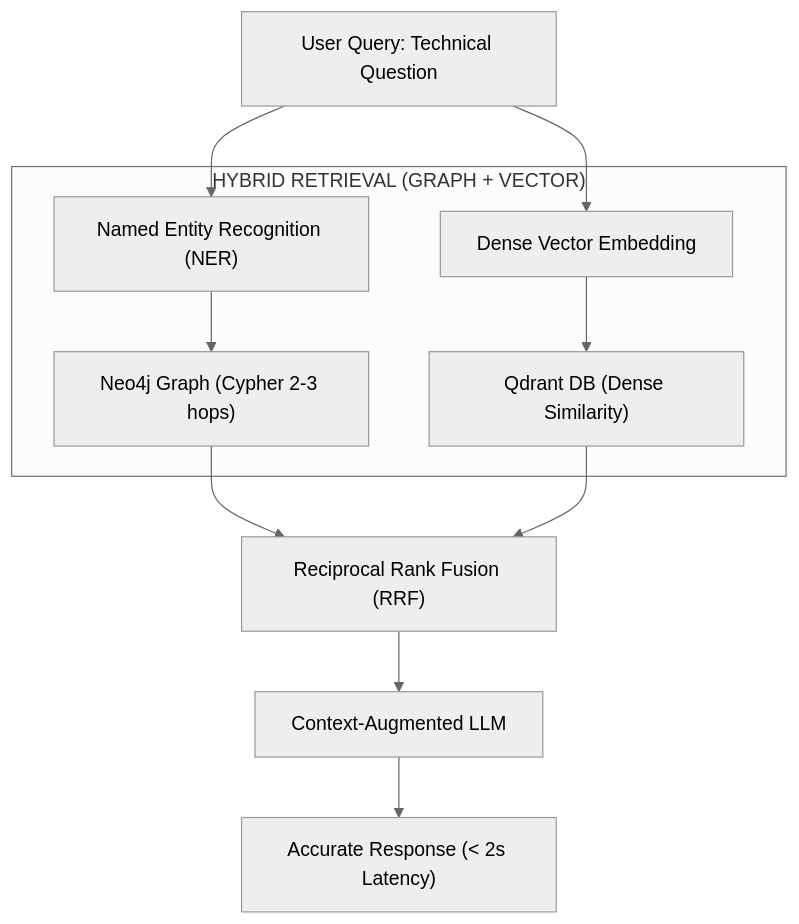
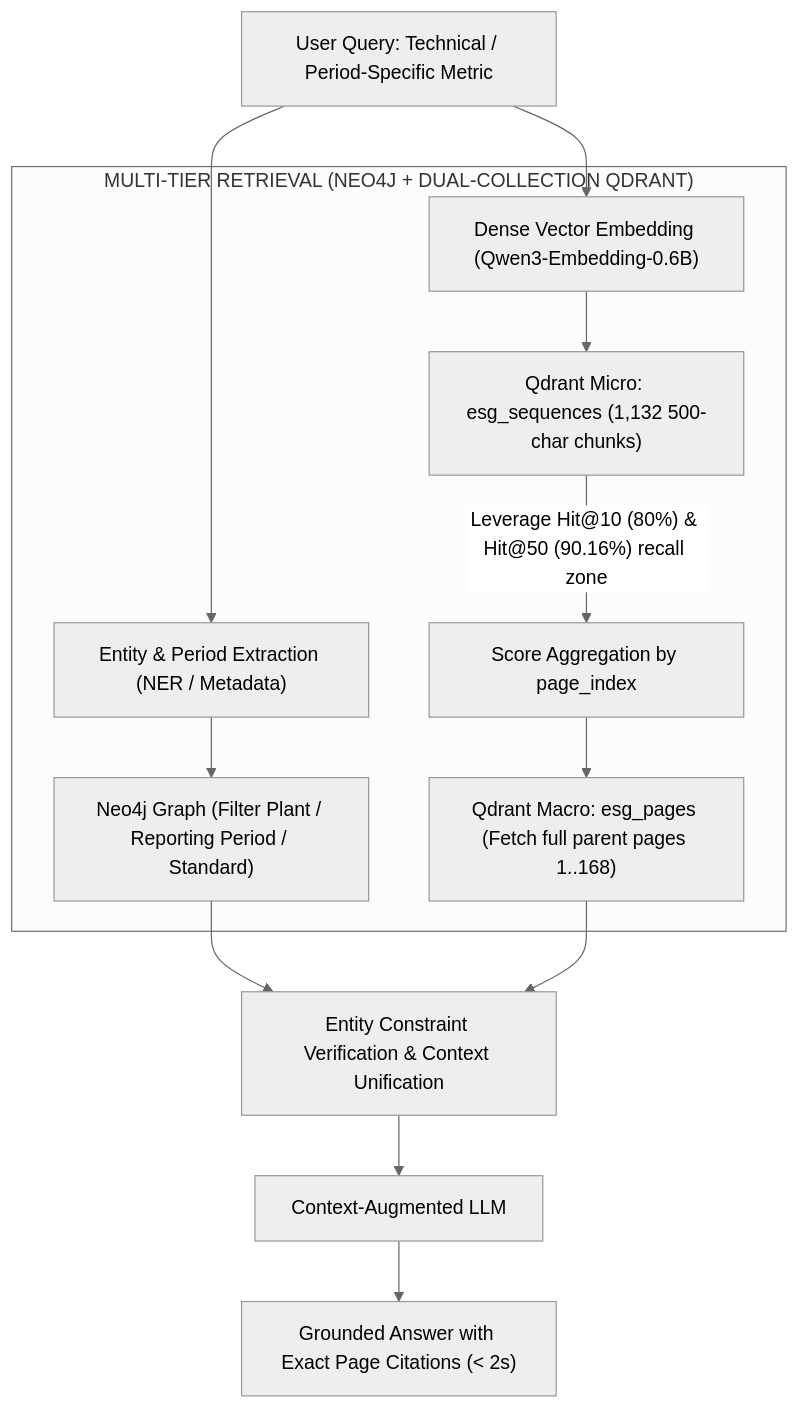
One commit to vinh-gogo/glory-hinody changed the diagram in content/posts/graph-rag-neo4j-qdrant.en.md. Above: the diagram before and after it, drawn with Mermaid (neutral theme). The commit also changed other lines of this file and 13 other files, not shown here.

````diff
--- a/content/posts/graph-rag-neo4j-qdrant.en.md
+++ b/content/posts/graph-rag-neo4j-qdrant.en.md
@@ -41,16 +43,18 @@
 ```mermaid
 flowchart TD
-    Q["User Query: Technical Question"] --> NER["Named Entity Recognition (NER)"]
-    Q --> EMB["Dense Vector Embedding"]
+    Q["User Query: Technical / Period-Specific Metric"] --> NER["Entity & Period Extraction (NER / Metadata)"]
+    Q --> EMB["Dense Vector Embedding (Qwen3-Embedding-0.6B)"]
 
-    subgraph RETRIEVAL["HYBRID RETRIEVAL (GRAPH + VECTOR)"]
-        NER --> NEO["Neo4j Graph (Cypher 2-3 hops)"]
-        EMB --> QDR["Qdrant DB (Dense Similarity)"]
+    subgraph RETRIEVAL["MULTI-TIER RETRIEVAL (NEO4J + DUAL-COLLECTION QDRANT)"]
+        NER --> NEO["Neo4j Graph (Filter Plant / Reporting Period / Standard)"]
+        EMB --> QDR_SEQ["Qdrant Micro: esg_sequences (1,132 500-char chunks)"]
+        QDR_SEQ -->|"Leverage Hit@10 (80%) & Hit@50 (90.16%) recall zone"| AGG["Score Aggregation by page_index"]
+        AGG --> QDR_PAGE["Qdrant Macro: esg_pages (Fetch full parent pages 1..168)"]
     end
 
-    NEO --> RRF["Reciprocal Rank Fusion (RRF)"]
-    QDR --> RRF
+    NEO --> FUSION["Entity Constraint Verification & Context Unification"]
+    QDR_PAGE --> FUSION
 
-    RRF --> LLM["Context-Augmented LLM"]
-    LLM --> ANS["Accurate Response (< 2s Latency)"]
+    FUSION --> LLM["Context-Augmented LLM"]
+    LLM --> ANS["Grounded Answer with Exact Page Citations (< 2s)"]
 ```
````
